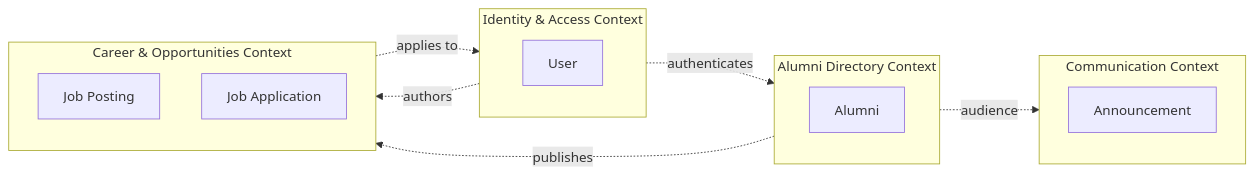
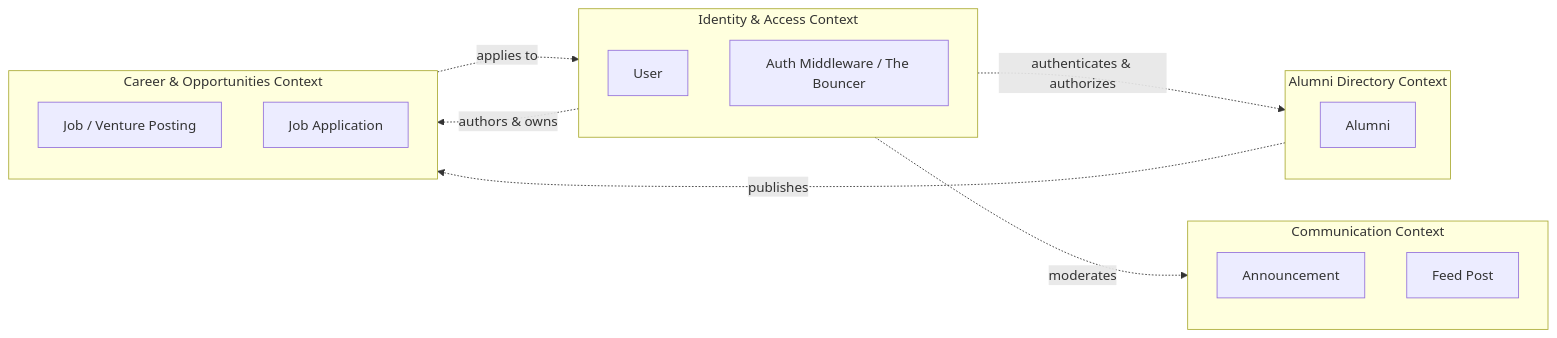
Before and after one commit to beyzaanacoglu/Alumni: the second of 3 diagrams in ddd.md, drawn with Mermaid. The commit also changed other lines of this file and 18 other files, not shown here.

Commit message:
Add auth middleware, dynamic user UI, Alumni Story feature and README auth section

````diff
--- a/ddd.md
+++ b/ddd.md
@@ -18,22 +53,24 @@
 ```mermaid
 flowchart LR
     subgraph Identity["Identity & Access Context"]
         U[User]
+        AuthGuard[Auth Middleware / The Bouncer]
     end
     subgraph Directory["Alumni Directory Context"]
         A[Alumni]
     end
     subgraph Comm["Communication Context"]
         N[Announcement]
+        F[Feed Post]
     end
     subgraph Career["Career & Opportunities Context"]
-        JP[Job Posting]
+        JP[Job / Venture Posting]
         JA[Job Application]
     end
 
-    Identity -. "authenticates" .-> Directory
-    Identity -. "authors" .-> Career
+    Identity -. "authenticates & authorizes" .-> Directory
+    Identity -. "authors & owns" .-> Career
     Directory -. "publishes" .-> Career
     Career -. "applies to" .-> Identity
-    Directory -. "audience" .-> Comm
+    Identity -. "moderates" .-> Comm
 ```
````
